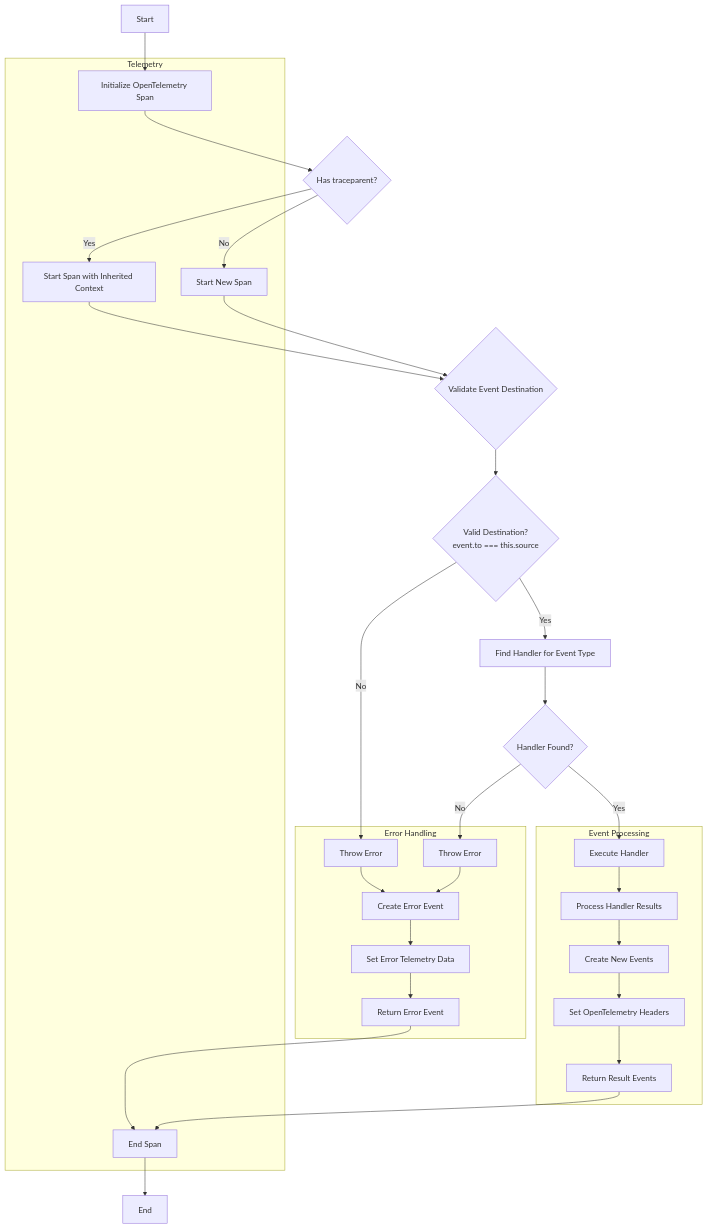
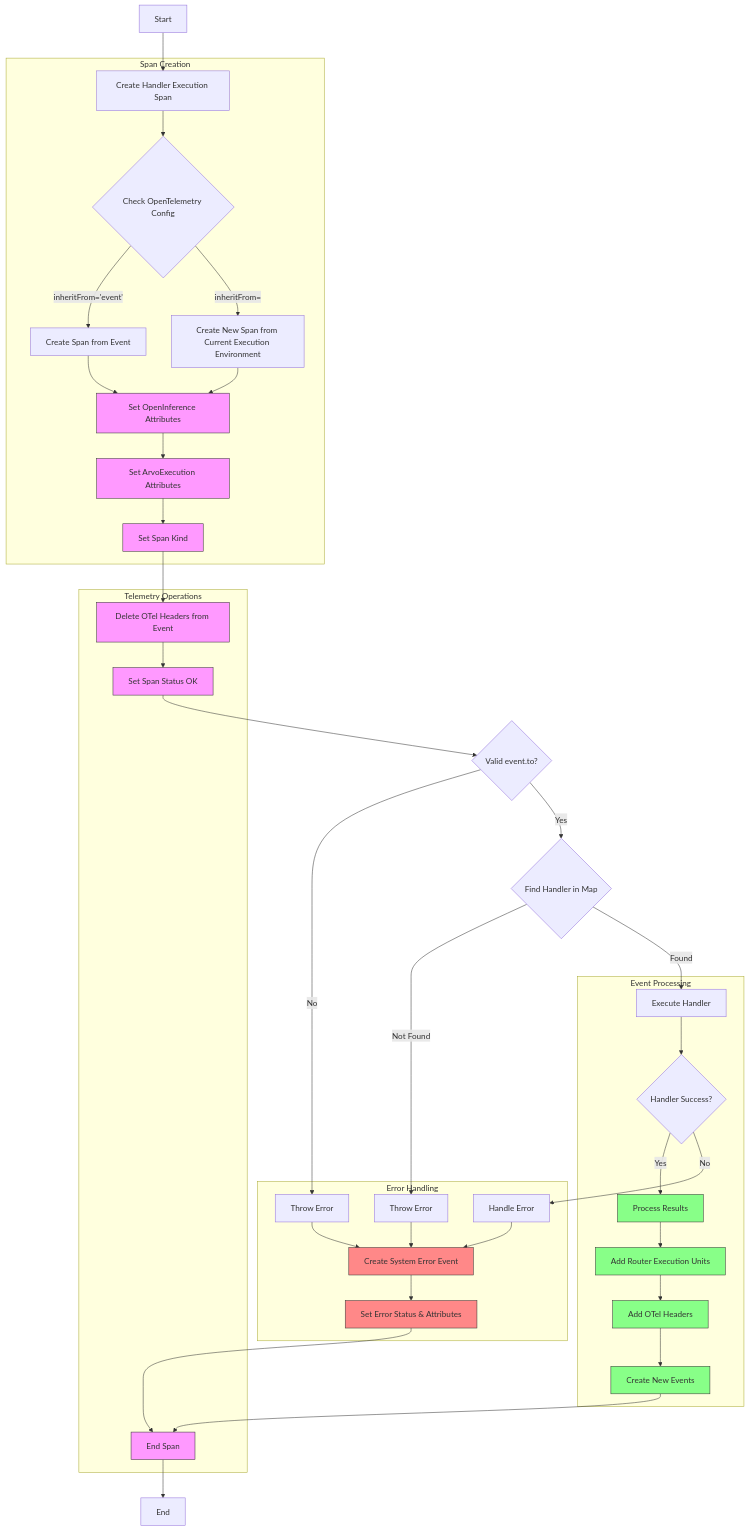
Before and after one commit to SaadAhmad123/arvo-event-handler: the first of 2 diagrams in src/ArvoEventRouter/ExecutionDiagrams.md, drawn with Mermaid. The commit also changed other lines of this file and 8 other files, not shown here.

````diff
--- a/src/ArvoEventRouter/ExecutionDiagrams.md
+++ b/src/ArvoEventRouter/ExecutionDiagrams.md
@@ -7,53 +7,80 @@
 ```mermaid
 graph TD
-    A[Start] --> B[Initialize OpenTelemetry Span]
-    B --> C{Has traceparent?}
-    C -->|Yes| D[Start Span with Inherited Context]
-    C -->|No| E[Start New Span]
-    D --> F{Validate Event Destination}
-    E --> F
-    F --> G{Valid Destination? \n event.to === this.source}
-    G -->|No| H[Throw Error]
-    G -->|Yes| I[Find Handler for Event Type]
-    I --> J{Handler Found?}
-    J -->|No| K[Throw Error]
-    J -->|Yes| L[Execute Handler]
-    L --> M[Process Handler Results]
-    M --> N[Create New Events]
-    N --> O[Set OpenTelemetry Headers]
-    O --> P[Return Result Events]
+    A[Start] --> B[Create Handler Execution Span]
+    
+    subgraph Span Creation
+        B --> C{Check OpenTelemetry Config}
+        C -->|inheritFrom='event'| D[Create Span from Event]
+        C -->|inheritFrom=<else>| E[Create New Span from Current Execution Environment]
+        
+        D --> F[Set OpenInference Attributes]
+        E --> F
+        F --> G[Set ArvoExecution Attributes]
+        G --> H[Set Span Kind]
+    end
 
-    H --> Q[Create Error Event]
-    K --> Q
-    Q --> R[Set Error Telemetry Data]
-    R --> S[Return Error Event]
-
-    P --> T[End Span]
-    S --> T
-    T --> U[End]
+    H --> I[Delete OTel Headers from Event]
+    I --> J[Set Span Status OK]
+    
+    J --> K{Valid event.to?}
+    K -->|No| L[Throw Error]
+    K -->|Yes| M{Find Handler in Map}
+    
+    M -->|Not Found| N[Throw Error]
+    M -->|Found| O[Execute Handler]
+    
+    O --> P{Handler Success?}
+    P -->|Yes| Q[Process Results]
+    P -->|No| R[Handle Error]
+    
+    Q --> S[Add Router Execution Units]
+    S --> T[Add OTel Headers]
+    T --> U[Create New Events]
+    
+    L --> V[Create System Error Event]
+    N --> V
+    R --> V
+    V --> W[Set Error Status & Attributes]
+    
+    U --> X[End Span]
+    W --> X
+    X --> Y[End]
 
     subgraph Error Handling
-    H
-    K
-    Q
-    R
-    S
+        style V fill:#f88,stroke:#333
+        style W fill:#f88,stroke:#333
+        L
+        N
+        R
+        V
+        W
     end
 
     subgraph Event Processing
-    L
-    M
-    N
-    O
-    P
+        style Q fill:#8f8,stroke:#333
+        style S fill:#8f8,stroke:#333
+        style T fill:#8f8,stroke:#333
+        style U fill:#8f8,stroke:#333
+        O
+        P
+        Q
+        S
+        T
+        U
     end
 
-    subgraph Telemetry
-    B
-    D
-    E
-    O
-    R
-    T
+    subgraph Telemetry Operations
+        style F fill:#f9f,stroke:#333
+        style G fill:#f9f,stroke:#333
+        style H fill:#f9f,stroke:#333
+        style I fill:#f9f,stroke:#333
+        style J fill:#f9f,stroke:#333
+        style X fill:#f9f,stroke:#333
+        F
+        G
+        H
+        I
+        J
+        X
     end
 ```
````
